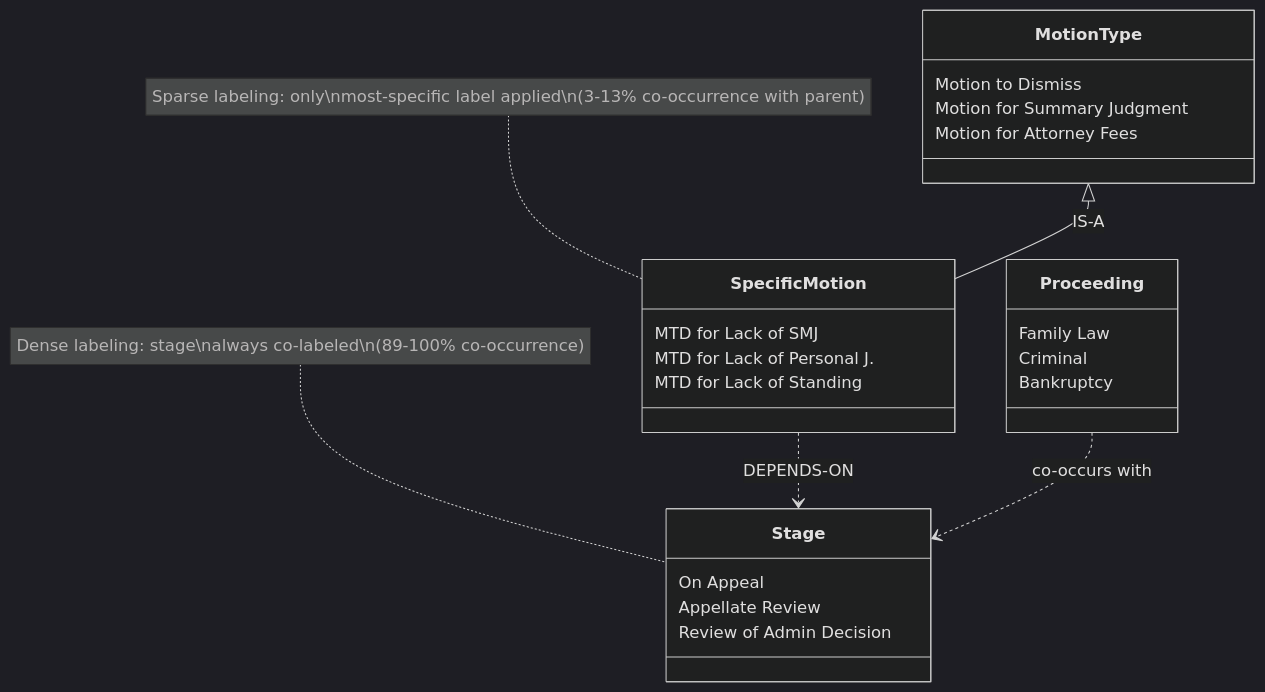
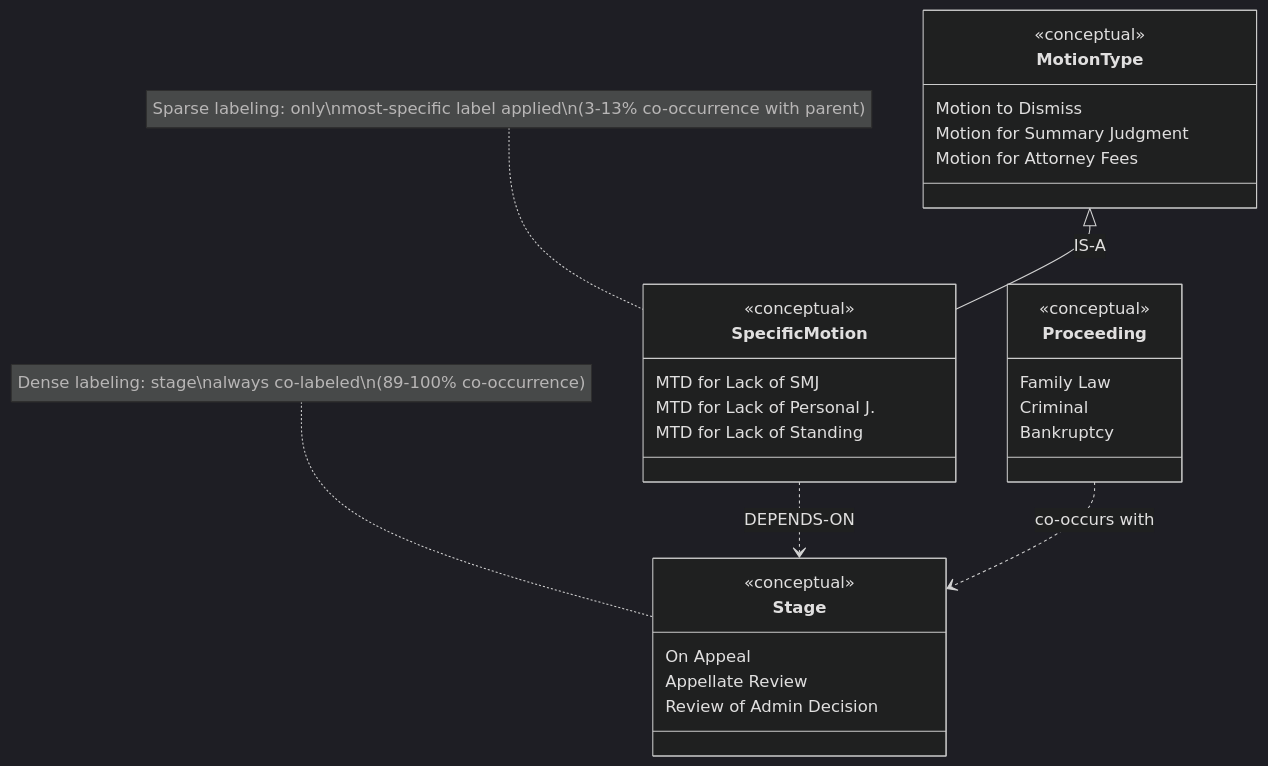
Before and after one commit to aledba/tr_challenge: the third of 19 diagrams in docs/Posture_classification_architecture.md, drawn with Mermaid (dark theme). The commit also changed other lines of this file and 7 other files, not shown here.

````diff
--- a/docs/Posture_classification_architecture.md
+++ b/docs/Posture_classification_architecture.md
@@ -80,33 +113,37 @@
 ```mermaid
 classDiagram
     class Stage {
+        <<conceptual>>
         On Appeal
         Appellate Review
         Review of Admin Decision
     }
 
     class MotionType {
+        <<conceptual>>
         Motion to Dismiss
         Motion for Summary Judgment
         Motion for Attorney Fees
     }
 
     class SpecificMotion {
+        <<conceptual>>
         MTD for Lack of SMJ
         MTD for Lack of Personal J.
         MTD for Lack of Standing
     }
 
     class Proceeding {
+        <<conceptual>>
         Family Law
         Criminal
         Bankruptcy
     }
 
     MotionType <|-- SpecificMotion : IS-A
     SpecificMotion ..> Stage : DEPENDS-ON
     Proceeding ..> Stage : co-occurs with
 
     note for SpecificMotion "Sparse labeling: only\nmost-specific label applied\n(3-13% co-occurrence with parent)"
     note for Stage "Dense labeling: stage\nalways co-labeled\n(89-100% co-occurrence)"
 ```
````
